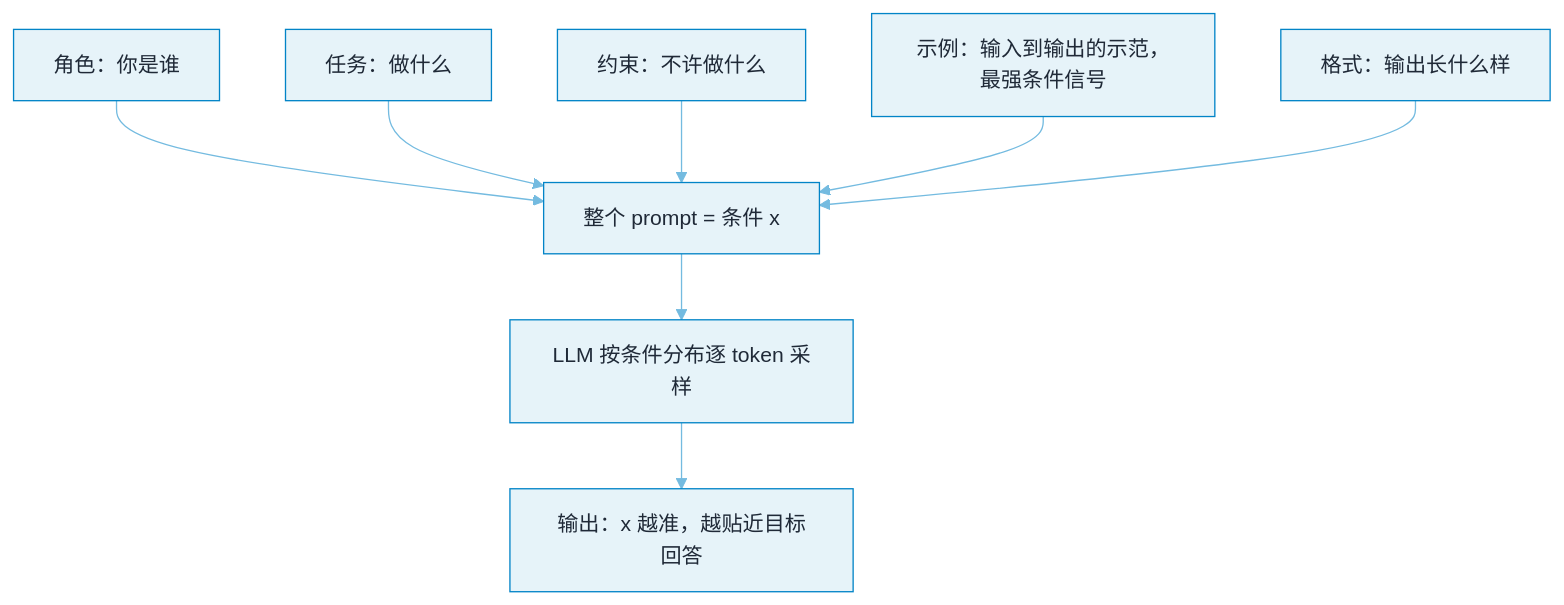
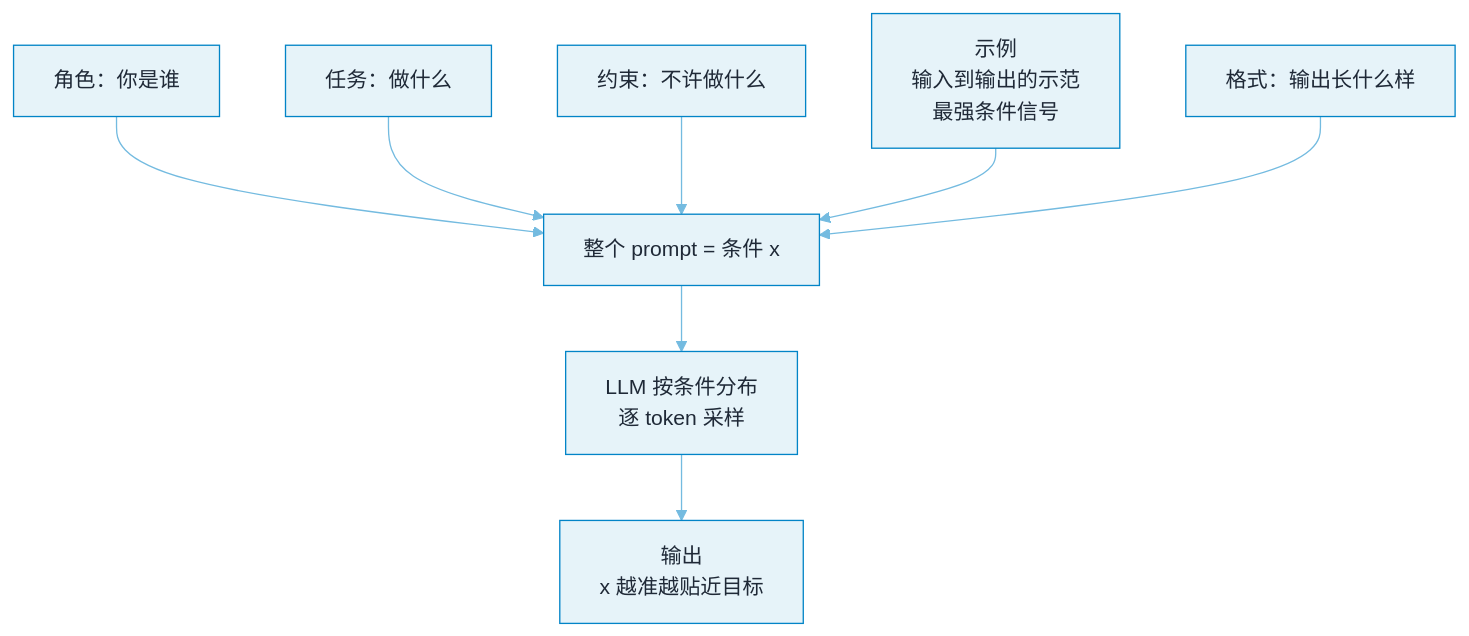
The diagram in docs/04-prompt-reasoning/prompt-engineering.md (funny8kids/ai-agent-handbook), drawn with Mermaid before and after one commit. The commit also changed 39 other files, not shown here.

First line of the commit message:
Round 15: re-measure all diagrams on GitBook's real mermaid version (11.14.0)

````diff
--- a/docs/04-prompt-reasoning/prompt-engineering.md
+++ b/docs/04-prompt-reasoning/prompt-engineering.md
@@ -62,11 +62,11 @@
 ```mermaid
 %%{init: {"theme":"base","themeVariables":{"primaryColor":"#E6F3F9","primaryBorderColor":"#0284C7","primaryTextColor":"#1F2937","secondaryColor":"#C7E4F3","tertiaryColor":"#F5FAFD","lineColor":"#74BBE0","actorBkg":"#EBF5FB","actorBorder":"#0284C7","actorTextColor":"#1F2937","signalColor":"#4EA9D8","noteBkgColor":"#D1E9F5","noteBorderColor":"#0284C7","noteTextColor":"#1F2937","labelBoxBkgColor":"#E6F3F9","labelBoxBorderColor":"#0284C7"}}}%%
 flowchart TD
     R["角色：你是谁"] --> X["整个 prompt = 条件 x"]
     T["任务：做什么"] --> X
     C["约束：不许做什么"] --> X
-    E["示例：输入到输出的示范，最强条件信号"] --> X
+    E["示例<br/>输入到输出的示范<br/>最强条件信号"] --> X
     F["格式：输出长什么样"] --> X
-    X --> M["LLM 按条件分布逐 token 采样"]
-    M --> O["输出：x 越准，越贴近目标回答"]
+    X --> M["LLM 按条件分布<br/>逐 token 采样"]
+    M --> O["输出<br/>x 越准越贴近目标"]
 ```
````
